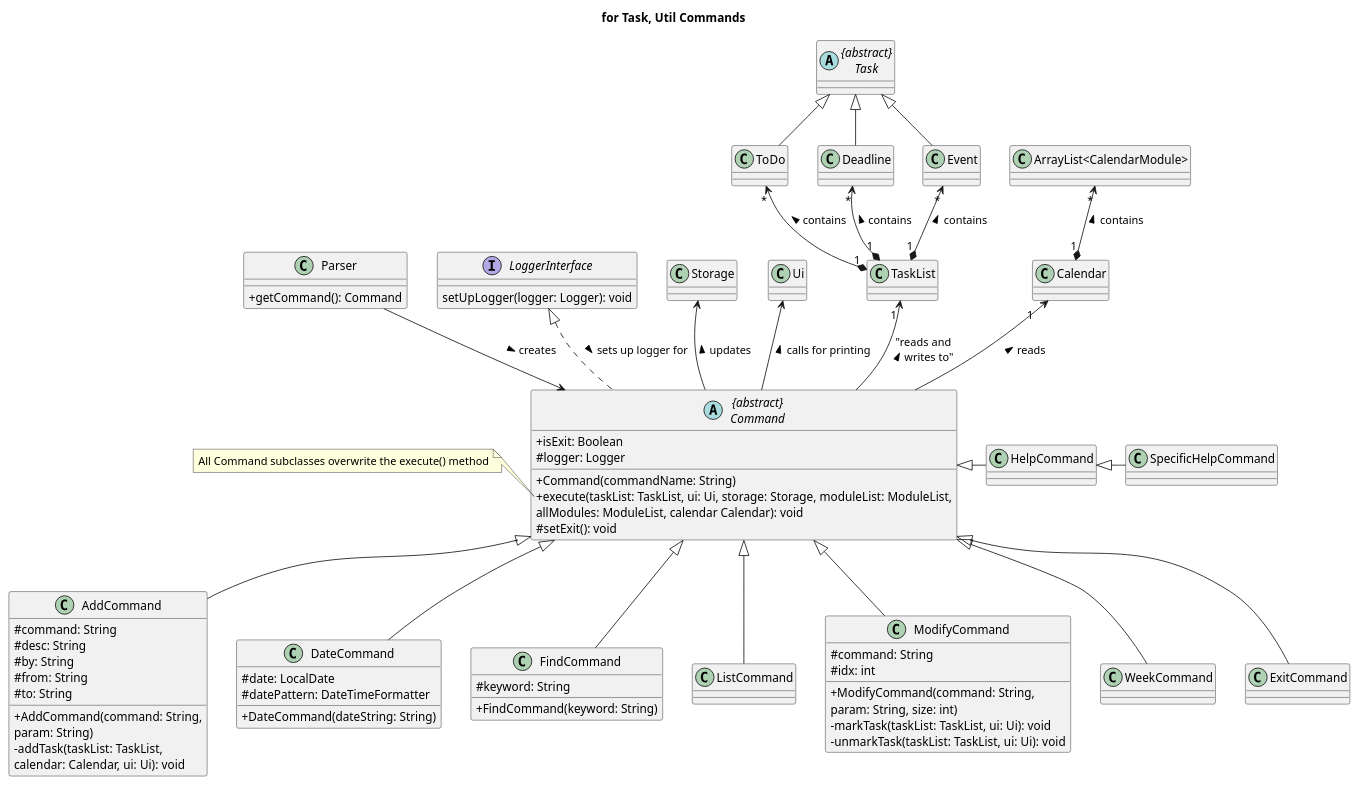
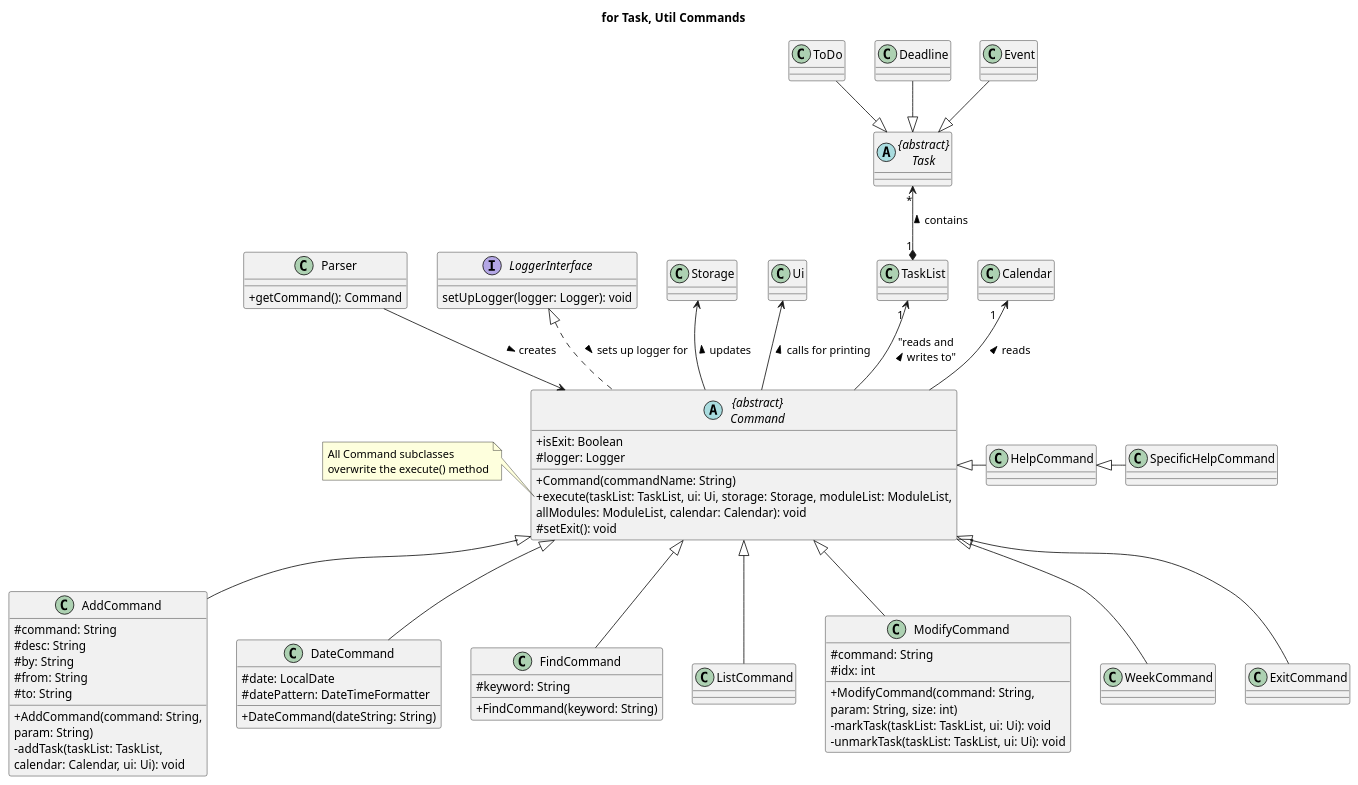
One commit to nus-cs2113-AY2223S2/tp changed the diagram in docs/uml-source/class/Command.puml. Above: the diagram before and after it, drawn with PlantUML. The commit also changed 3 other files, not shown here.

Commit message:
Fix class diagrams

```diff
--- a/docs/uml-source/class/Command.puml
+++ b/docs/uml-source/class/Command.puml
@@ -1,96 +1,95 @@
 @startuml
 'https://plantuml.com/class-diagram
 skinparam classAttributeIconSize 0
 
 title for Task, Util Commands
 
 class Parser {
 + getCommand(): Command
 }
 Parser --> Command : creates >
 
 abstract class "{abstract}\nCommand" as Command {
 + isExit: Boolean
 # logger: Logger
 + Command(commandName: String)
 + execute(taskList: TaskList, ui: Ui, storage: Storage, moduleList: ModuleList,
-allModules: ModuleList, calendar Calendar): void
+allModules: ModuleList, calendar: Calendar): void
 # setExit(): void
 }
 
 note left of Command::execute
-    All Command subclasses overwrite the execute() method
+    All Command subclasses
+    overwrite the execute() method
 end note
 
 interface LoggerInterface {
 setUpLogger(logger: Logger): void
 }
 LoggerInterface <|.. Command : sets up logger for >
 
 class AddCommand {
 # command: String
 # desc: String
 # by: String
 # from: String
 # to: String
 __
 + AddCommand(command: String,
 param: String)
 - addTask(taskList: TaskList,
 calendar: Calendar, ui: Ui): void
 }
 Command <|-- AddCommand
 
 class DateCommand {
 # date: LocalDate
 # datePattern: DateTimeFormatter
 + DateCommand(dateString: String)
 }
 Command <|-- DateCommand
 
 class FindCommand{
 # keyword: String
 + FindCommand(keyword: String)
 }
 Command <|-- FindCommand
 
 class ListCommand
 Command <|-- ListCommand
 
 class ModifyCommand{
 # command: String
 # idx: int
 +ModifyCommand(command: String,
 param: String, size: int)
 -markTask(taskList: TaskList, ui: Ui): void
 -unmarkTask(taskList: TaskList, ui: Ui): void
 }
 Command <|-- ModifyCommand
 
 class WeekCommand
 Command <|-- WeekCommand
 
 class ExitCommand
 Command <|-- ExitCommand
 
 class HelpCommand
 Command <|- HelpCommand
 
 class SpecificHelpCommand
 HelpCommand <|- SpecificHelpCommand
 
 Storage <-- Command : updates <
 Ui <-- Command : calls for printing <
 TaskList "1 " <-- Command : "reads and\n writes to" <
 abstract class "{abstract}\nTask" as Task
-ToDo "*" <--* "1" TaskList : contains <
-Deadline "*" <--* "1" TaskList : contains <
-Event "*" <--* "1" TaskList : contains <
+Task "*" <--* "1" TaskList : contains <
+
 Calendar "1   " <-- Command : reads <
-"ArrayList<CalendarModule>" "*" <--* "1" Calendar : contains <
 
-Task <|-- ToDo
-Task <|-- Deadline
-Task <|-- Event
+ToDo --|> Task
+Deadline --|> Task
+Event --|> Task
 
 @enduml
```
